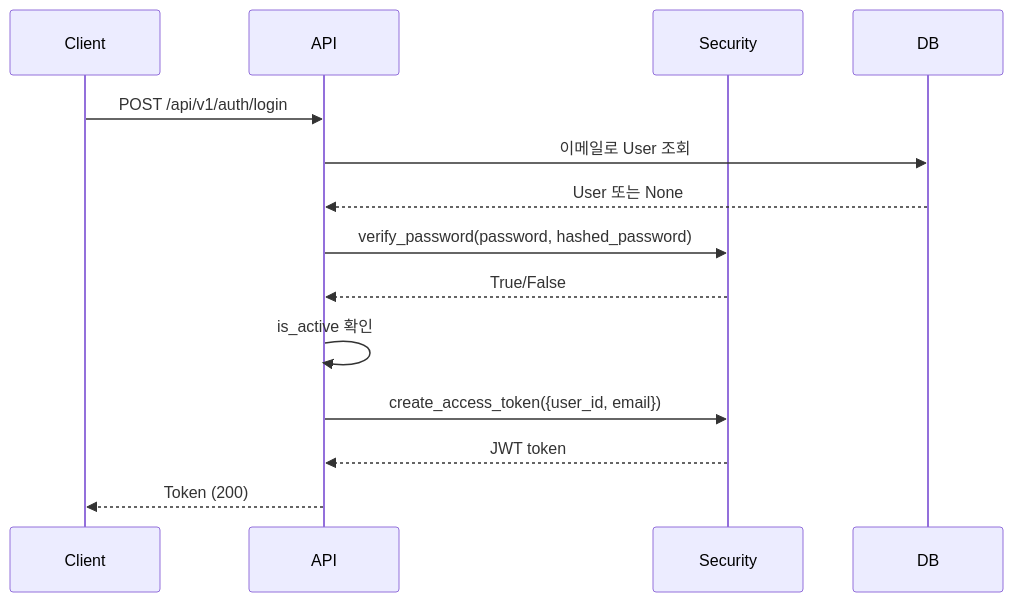
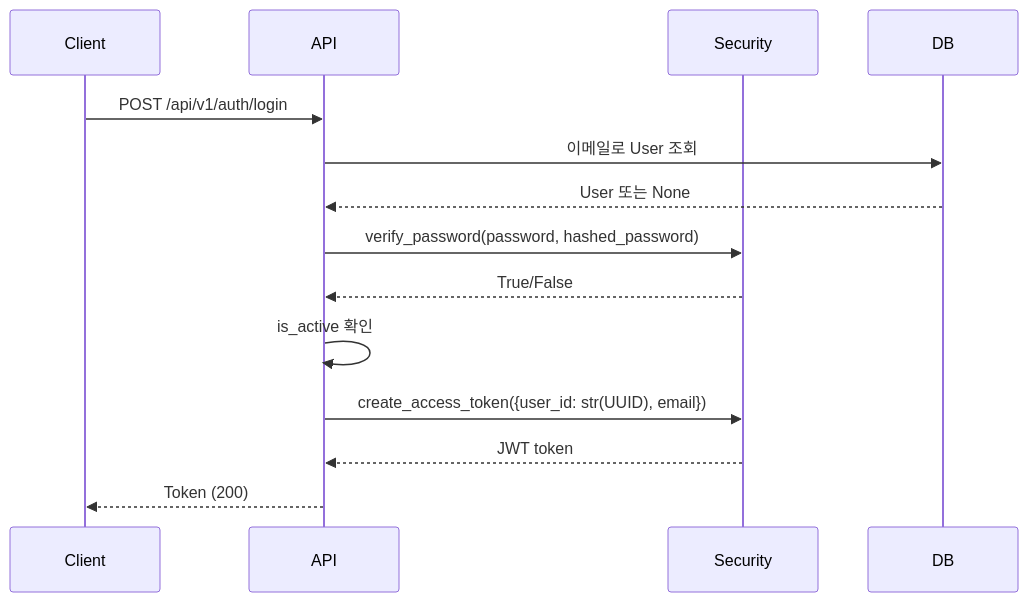
Before and after one commit to IIIBreakeRIII/Krafton-Jungle: the second of 3 diagrams in SL-Back-end/docs/AUTHENTICATION.md, drawn with Mermaid. The commit also changed other lines of this file and 5 other files, not shown here.

Commit message:
Feat: user_id 개선 integer>UUID

````diff
--- a/SL-Back-end/docs/AUTHENTICATION.md
+++ b/SL-Back-end/docs/AUTHENTICATION.md
@@ -355,17 +381,17 @@
 ```mermaid
 sequenceDiagram
     participant Client
     participant API
     participant Security
     participant DB
 
     Client->>API: POST /api/v1/auth/login
     API->>DB: 이메일로 User 조회
     DB-->>API: User 또는 None
     API->>Security: verify_password(password, hashed_password)
     Security-->>API: True/False
     API->>API: is_active 확인
-    API->>Security: create_access_token({user_id, email})
+    API->>Security: create_access_token({user_id: str(UUID), email})
     Security-->>API: JWT token
     API-->>Client: Token (200)
 ```
````
